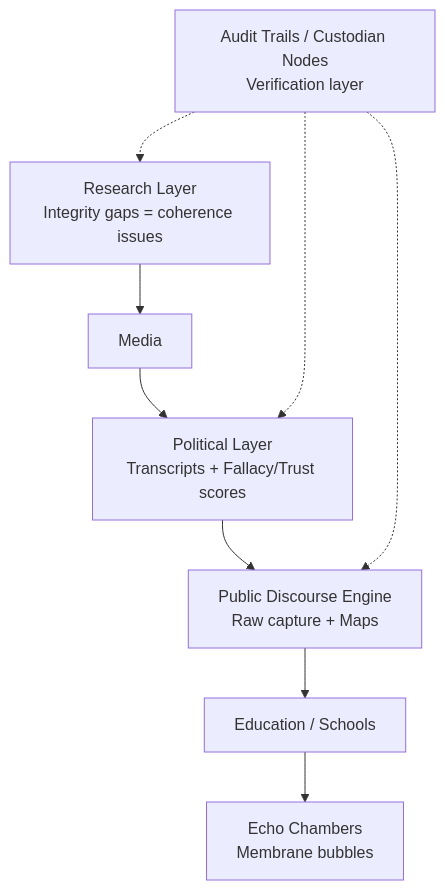
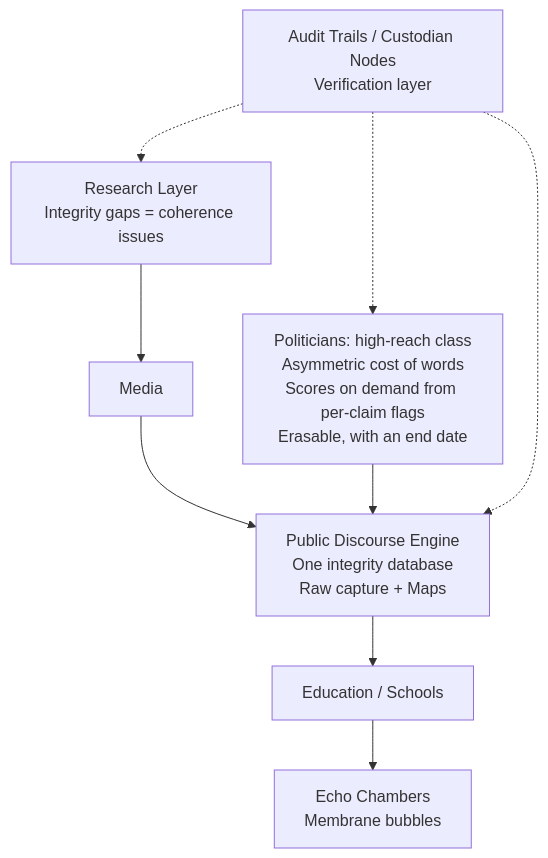
Before and after one commit to Heilar-com/custodian: the diagram in docs/slide-deck-outline.md, drawn with Mermaid. The commit also changed other lines of this file and 2 other files, not shown here.

````diff
--- a/docs/slide-deck-outline.md
+++ b/docs/slide-deck-outline.md
@@ -58,11 +58,11 @@
 ```mermaid
 graph TD
   Research[Research Layer<br/>Integrity gaps = coherence issues] --> Media[Media]
-  Media --> Politics[Political Layer<br/>Transcripts + Fallacy/Trust scores]
-  Politics --> Discourse[Public Discourse Engine<br/>Raw capture + Maps]
+  Media --> Discourse[Public Discourse Engine<br/>One integrity database<br/>Raw capture + Maps]
+  Politicians[Politicians: high-reach class<br/>Asymmetric cost of words<br/>Scores on demand from per-claim flags<br/>Erasable, with an end date] --> Discourse
   Discourse --> Education[Education / Schools]
   Education --> Echo[Echo Chambers<br/>Membrane bubbles]
   Audit[Audit Trails / Custodian Nodes<br/>Verification layer] -.-> Research
-  Audit -.-> Politics
+  Audit -.-> Politicians
   Audit -.-> Discourse
 ```
````
